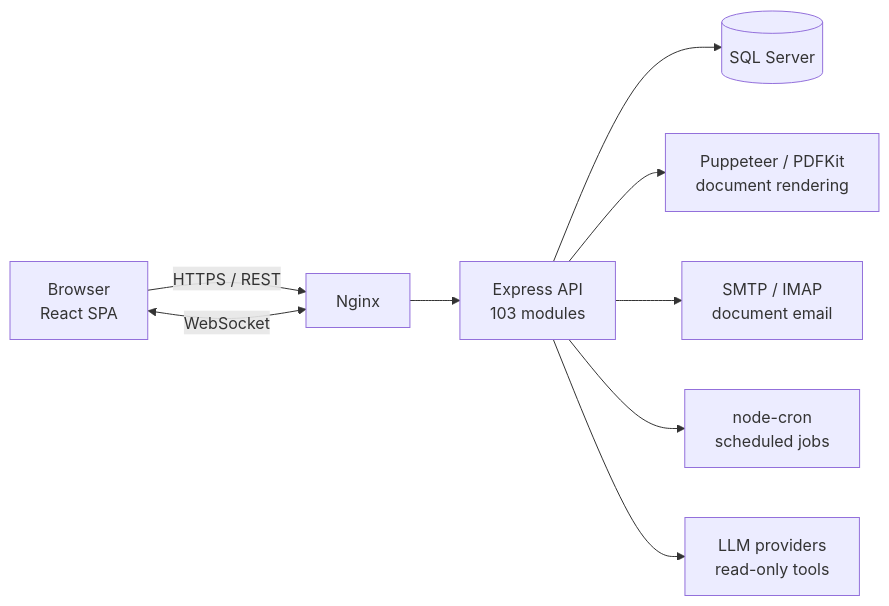
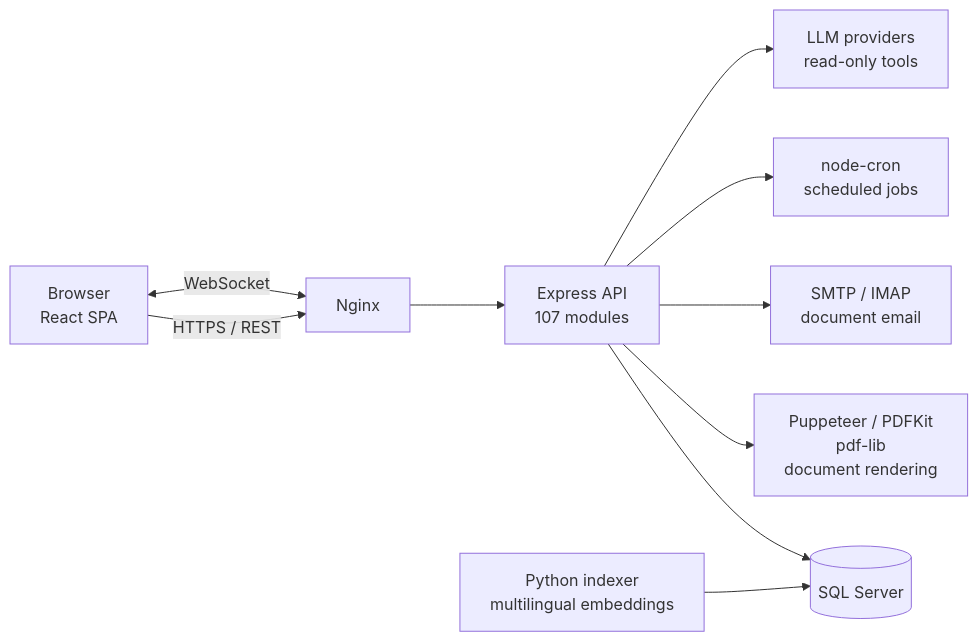
The fourth of 4 diagrams in README.md (banhandy/invcasterp-showcase), drawn with Mermaid before and after one commit. The commit also changed other lines of this file, not shown here.

````diff
--- a/README.md
+++ b/README.md
@@ -182,11 +207,12 @@
 ```mermaid
 flowchart LR
     U[Browser<br/>React SPA] -- HTTPS / REST --> N[Nginx]
     U <-- WebSocket --> N
-    N --> A[Express API<br/>103 modules]
+    N --> A[Express API<br/>107 modules]
     A --> DB[(SQL Server)]
-    A --> PDF[Puppeteer / PDFKit<br/>document rendering]
+    A --> PDF[Puppeteer / PDFKit<br/>pdf-lib<br/>document rendering]
     A --> MAIL[SMTP / IMAP<br/>document email]
     A --> JOB[node-cron<br/>scheduled jobs]
     A --> AI[LLM providers<br/>read-only tools]
+    EMB[Python indexer<br/>multilingual embeddings] --> DB
 ```
````
